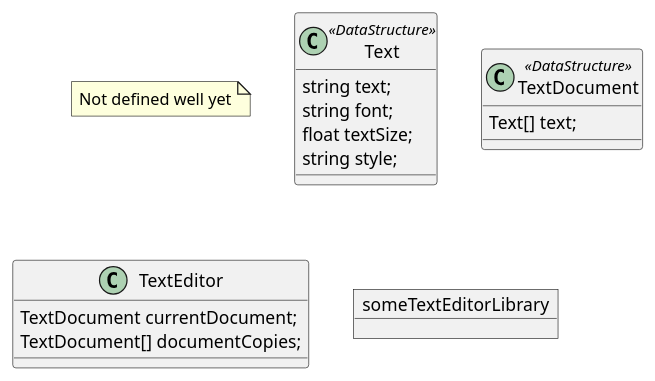
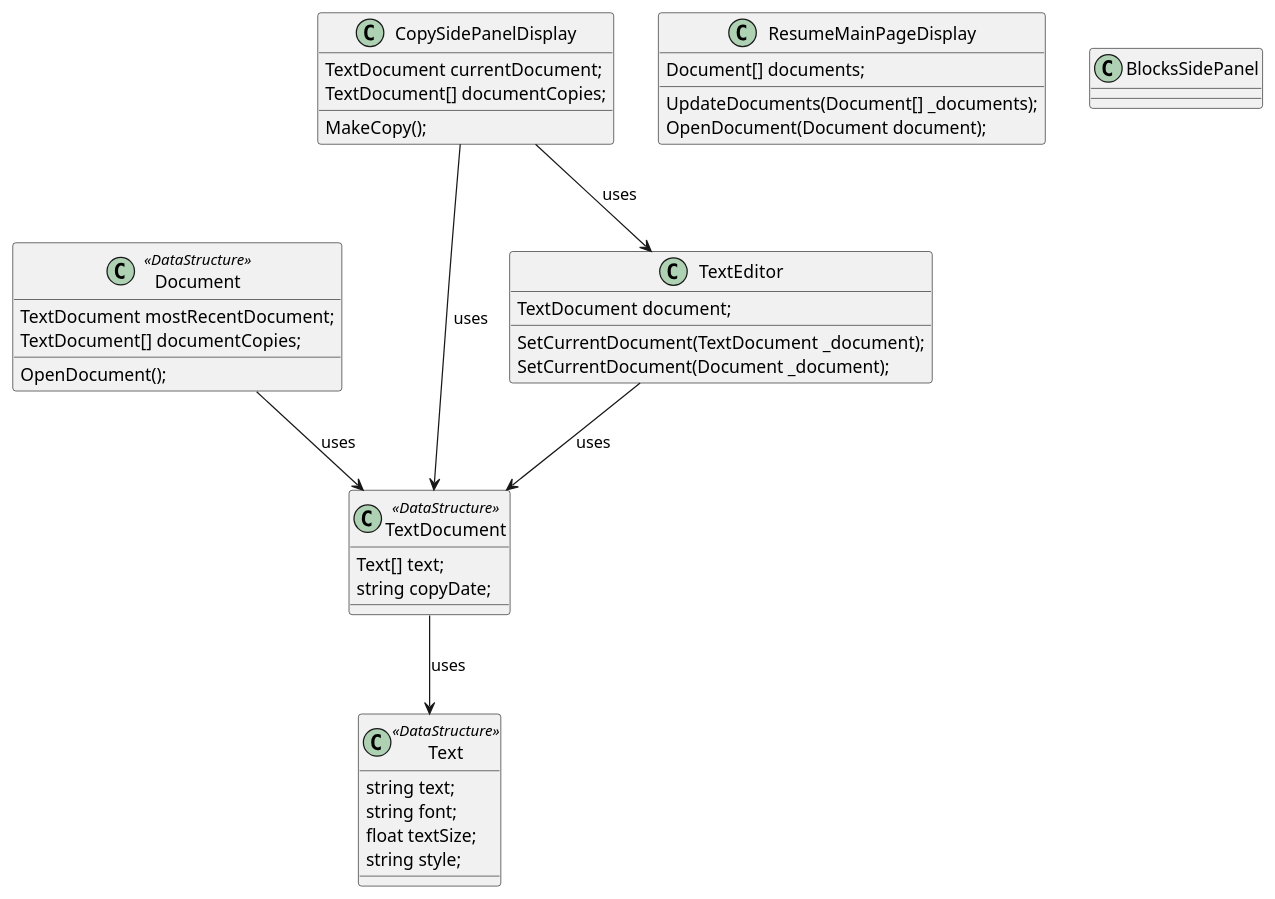
Before and after one commit to TheStress/ResumeAppDocumentation: the diagram in docs/Test/Class Diagram.md, drawn with PlantUML. The commit also changed 22 other files, not shown here.

Commit message:
updated documentation, not finished class diagram

````diff
--- a/docs/Test/Class Diagram.md
+++ b/docs/Test/Class Diagram.md
@@ -1,21 +1,57 @@
 ```plantuml
-note "Not defined well yet" as ND
+'note "Not defined well yet" as ND
 
 class Text <<DataStructure>> {
 	string text;
 	string font;
 	float textSize;
 	string style;
 }
 
 class TextDocument <<DataStructure>> {
 	Text[] text;
+	string copyDate;
+}
+TextDocument --> Text : uses 
+
+class Document <<DataStructure>> {
+	TextDocument mostRecentDocument;
+	TextDocument[] documentCopies;
+	
+	OpenDocument();
+}
+Document --> TextDocument : uses
+
+class ResumeMainPageDisplay {
+	Document[] documents;
+	
+	UpdateDocuments(Document[] _documents);
+	OpenDocument(Document document);
 }
 
 class TextEditor {
+	TextDocument document;
+	
+	SetCurrentDocument(TextDocument _document);
+	SetCurrentDocument(Document _document);
+}
+TextEditor --> TextDocument : uses
+'TextEditor --> SomeDocumentEditorLibrary : uses
+
+
+class CopySidePanelDisplay {
 	TextDocument currentDocument;
 	TextDocument[] documentCopies;
+	
+	MakeCopy();
+}
+CopySidePanelDisplay --> TextDocument : uses
+CopySidePanelDisplay --> TextEditor : uses
+
+
+class BlocksSidePanel {
+
 }
 
-object someTextEditorLibrary
+
 ```
````
